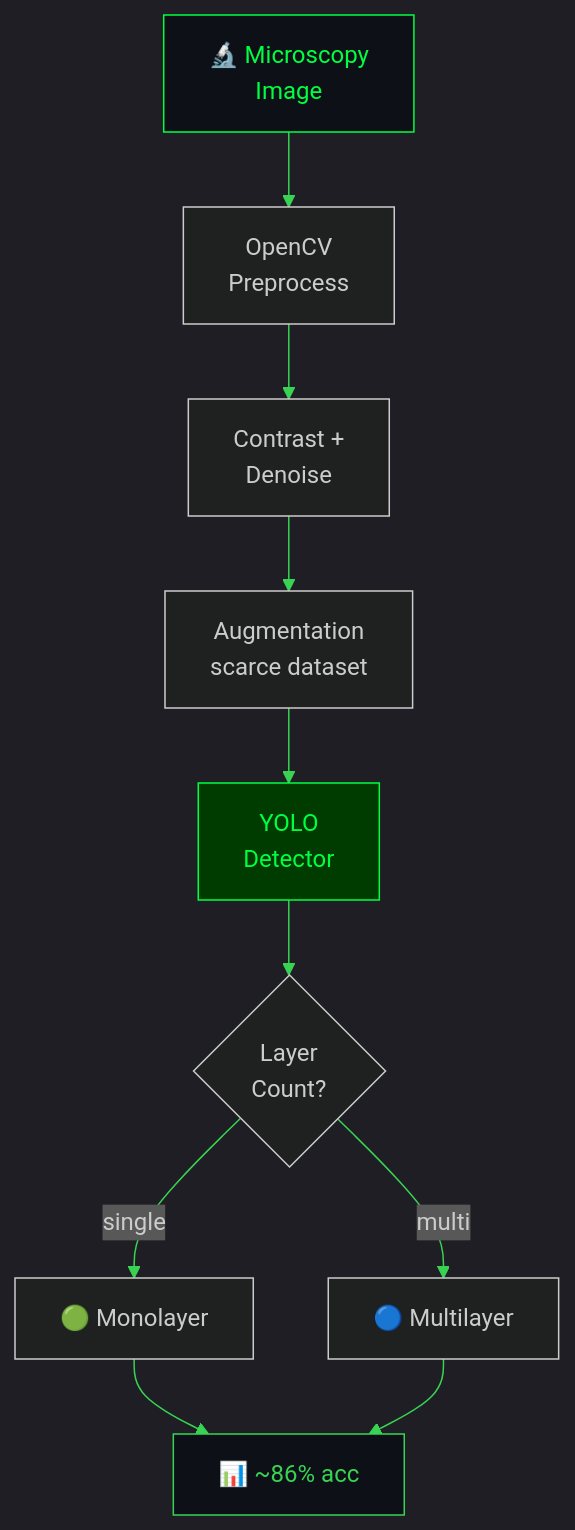
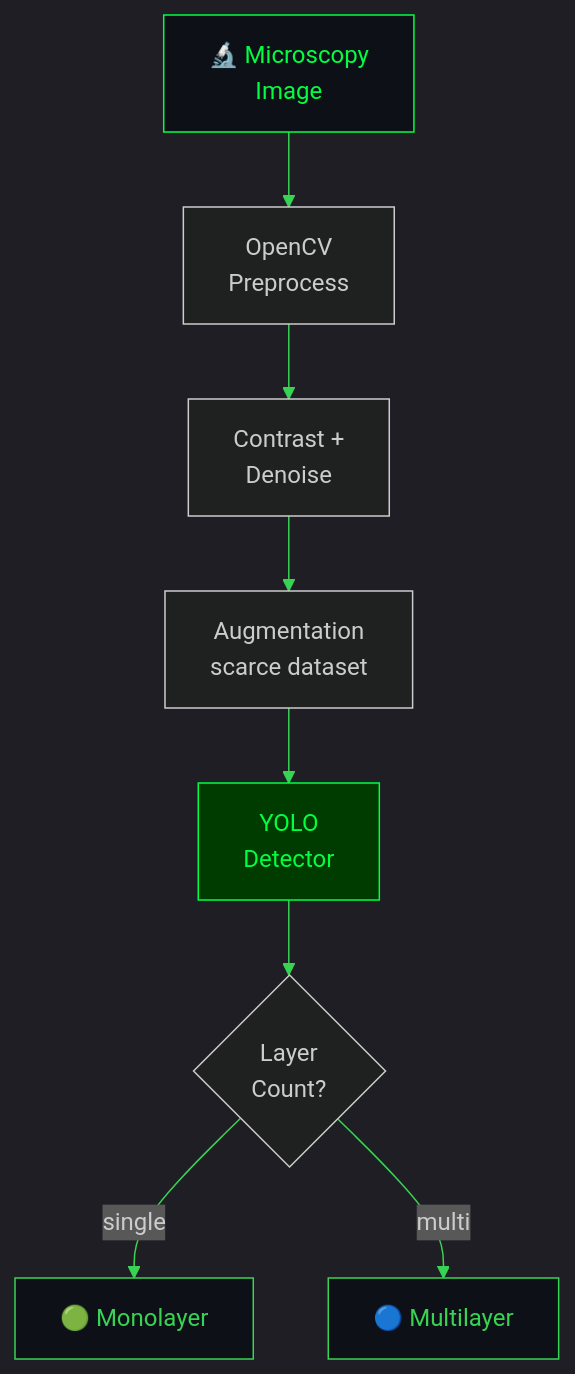
The fourth of 4 diagrams in README.md (Vijayxx/Vijayxx), drawn with Mermaid before and after one commit. The commit also changed other lines of this file, not shown here.

````diff
--- a/README.md
+++ b/README.md
@@ -164,17 +167,16 @@
 ```mermaid
 %%{init: {'theme':'dark', 'themeVariables': {'primaryColor':'#0D1117','primaryTextColor':'#00FF41','primaryBorderColor':'#00FF41','lineColor':'#39d353','fontFamily':'Fira Code'}}}%%
 flowchart TD
     A["🔬 Microscopy<br/>Image"] --> B["OpenCV<br/>Preprocess"]
     B --> C["Contrast +<br/>Denoise"]
     C --> D["Augmentation<br/>scarce dataset"]
     D --> E["YOLO<br/>Detector"]
     E --> F{"Layer<br/>Count?"}
     F -->|"single"| G["🟢 Monolayer"]
     F -->|"multi"| H["🔵 Multilayer"]
-    G --> I["📊 ~86% acc"]
-    H --> I
 
     style A fill:#0D1117,stroke:#00FF41,color:#00FF41
     style E fill:#003B00,stroke:#00FF41,color:#00FF41
-    style I fill:#0D1117,stroke:#39d353,color:#39d353
+    style G fill:#0D1117,stroke:#39d353,color:#39d353
+    style H fill:#0D1117,stroke:#39d353,color:#39d353
 ```
````
